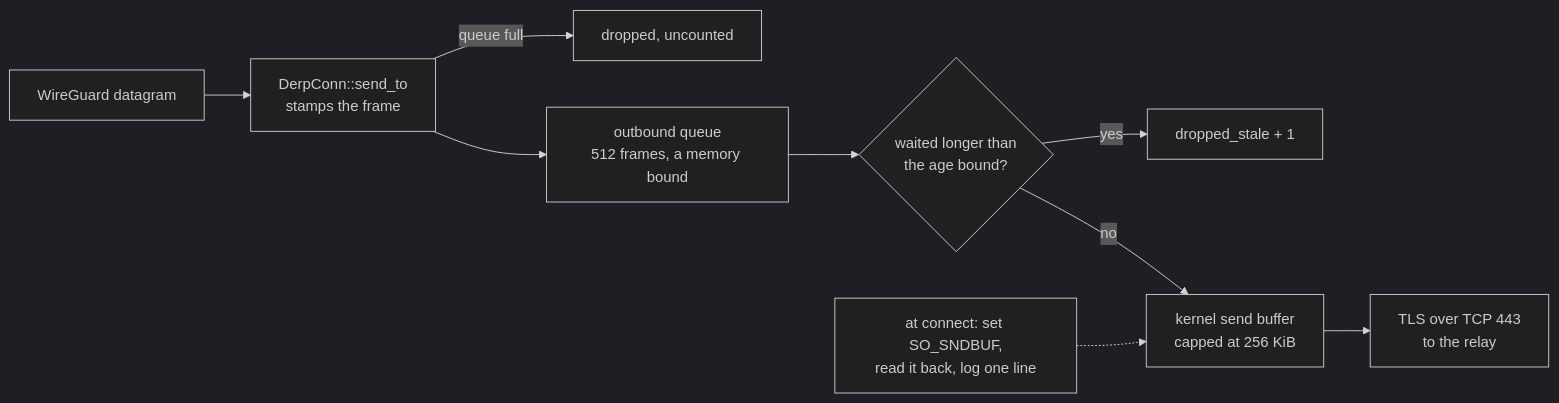
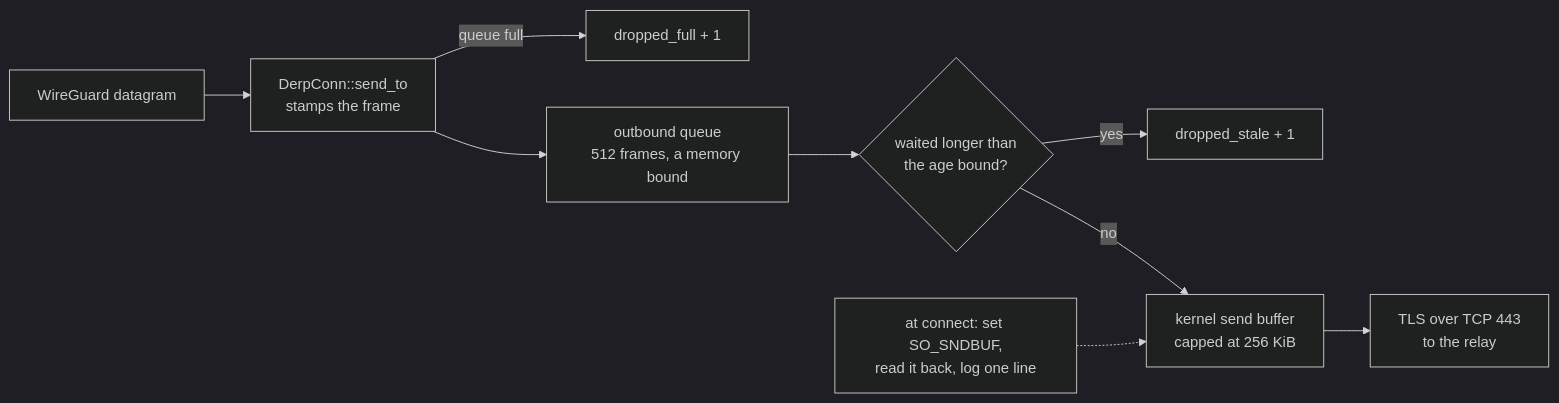
Diagram 13 of 20 in docs/overlay-communication.md (gjovanov/roomler-ai), drawn with Mermaid (dark theme) before and after one commit. The commit also changed other lines of this file and 11 other files, not shown here.

````diff
--- a/docs/overlay-communication.md
+++ b/docs/overlay-communication.md
@@ -721,11 +723,11 @@
 ```mermaid
 flowchart LR
     WG["WireGuard datagram"] --> SEND["DerpConn::send_to<br/>stamps the frame"]
-    SEND -->|"queue full"| FULL["dropped, uncounted"]
+    SEND -->|"queue full"| FULL["dropped_full + 1"]
     SEND --> Q["outbound queue<br/>512 frames, a memory bound"]
     Q --> AGE{"waited longer than<br/>the age bound?"}
     AGE -->|"yes"| STALE["dropped_stale + 1"]
     AGE -->|"no"| KBUF["kernel send buffer<br/>capped at 256 KiB"]
     KBUF --> WIRE["TLS over TCP 443<br/>to the relay"]
     CAP["at connect: set SO_SNDBUF,<br/>read it back, log one line"] -.-> KBUF
 ```
````
